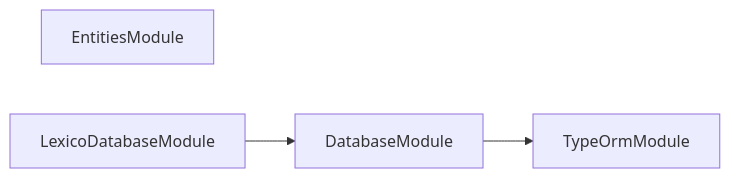
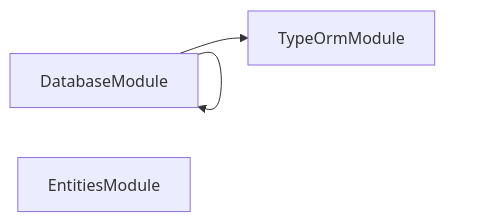
Before and after one commit to organizzolini/codebase: the second of 3 diagrams in projects/lexico/lexico-entities/README.md, drawn with Mermaid. The commit also changed other lines of this file and 208 other files, not shown here.

````diff
--- a/projects/lexico/lexico-entities/README.md
+++ b/projects/lexico/lexico-entities/README.md
@@ -286,9 +286,9 @@
 ```mermaid
 flowchart LR
   DatabaseModule
   EntitiesModule
-  LexicoDatabaseModule
+  DatabaseModule
   TypeOrmModule
   DatabaseModule --> TypeOrmModule
-  LexicoDatabaseModule --> DatabaseModule
+  DatabaseModule --> DatabaseModule
 ```
````
